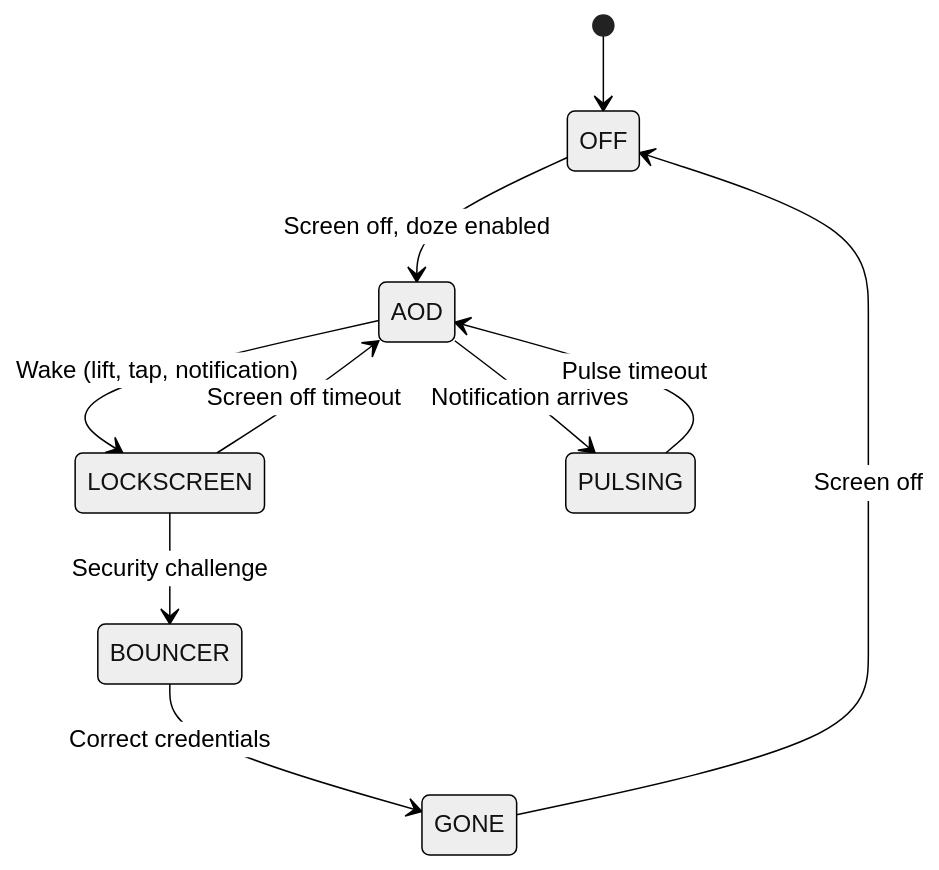
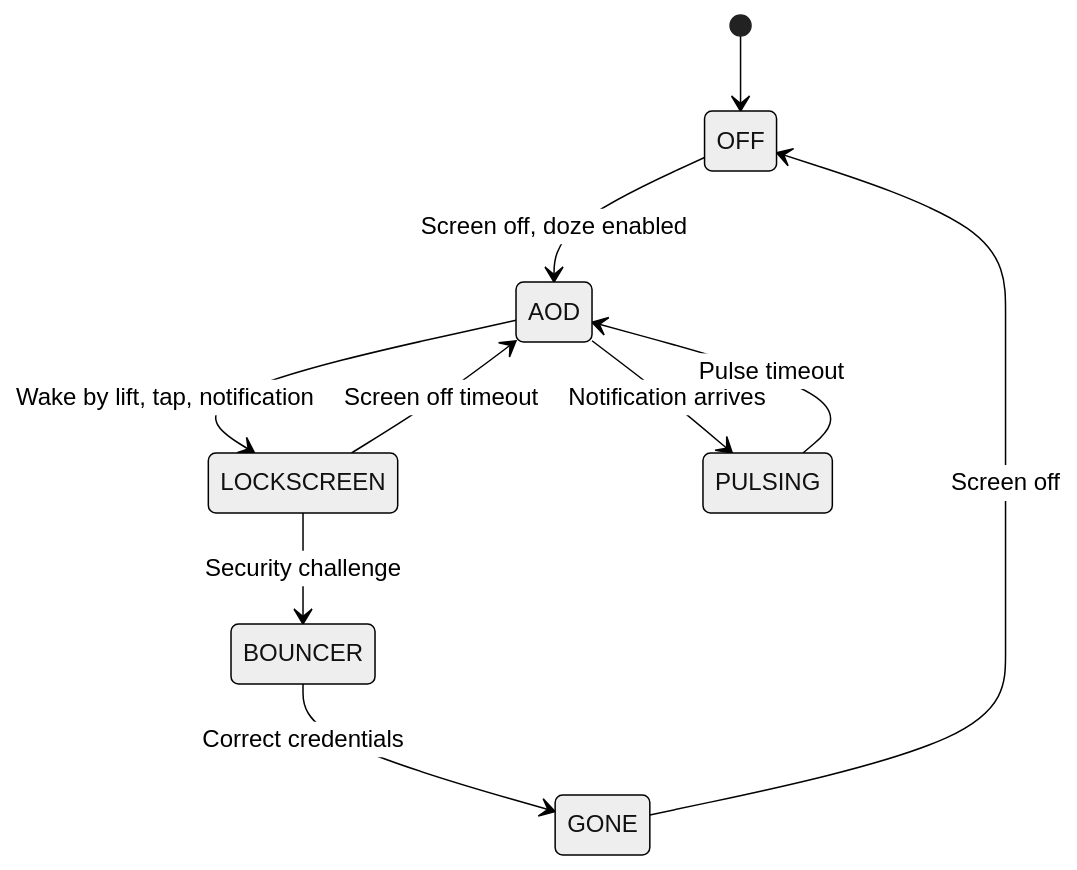
Diagram 13 of 28 in 47-systemui.md (fwrite0920/aosp-internal-book), drawn with Mermaid (neutral theme) before and after one commit. The commit also changed other lines of this file and 21 other files, not shown here.

First line of the commit message:
Fix Mermaid diagrams and formatting in Parts IX-XV and Appendix A (chapters 40-63)

````diff
--- a/47-systemui.md
+++ b/47-systemui.md
@@ -1098,12 +1098,12 @@
 ```mermaid
 stateDiagram-v2
     [*] --> OFF
     OFF --> AOD : Screen off, doze enabled
-    AOD --> LOCKSCREEN : Wake (lift, tap, notification)
+    AOD --> LOCKSCREEN : Wake by lift, tap, notification
     LOCKSCREEN --> AOD : Screen off timeout
     LOCKSCREEN --> BOUNCER : Security challenge
     BOUNCER --> GONE : Correct credentials
     AOD --> PULSING : Notification arrives
     PULSING --> AOD : Pulse timeout
     GONE --> OFF : Screen off
 ```
````
